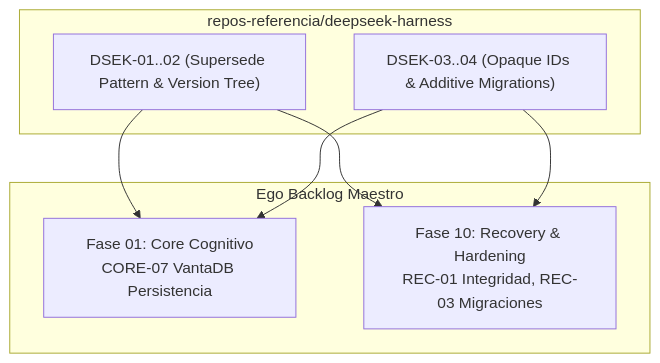
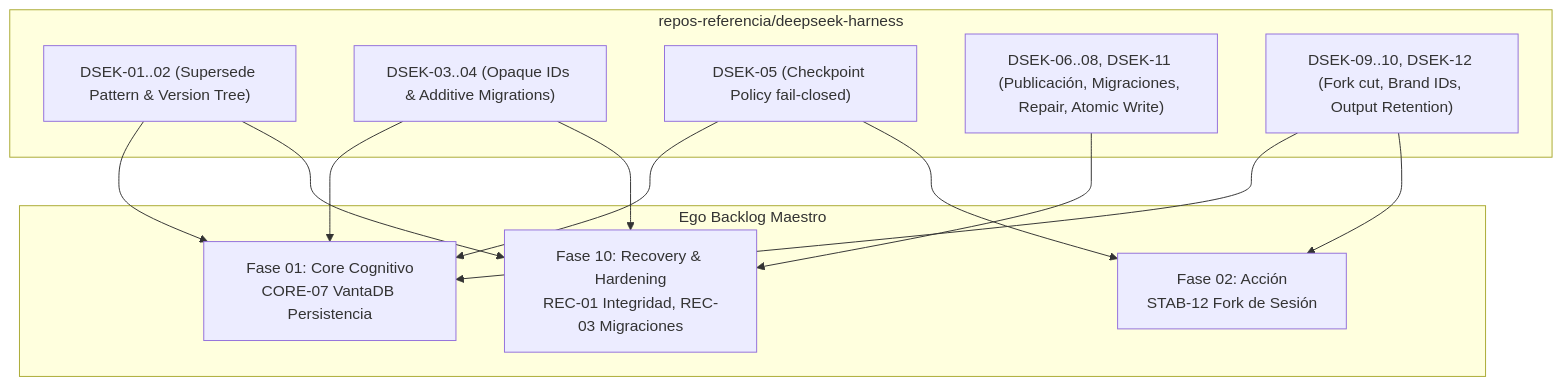
Before and after one commit to ness-e/Ego: the diagram in docs/review/backlog-deepseek-harness.md, drawn with Mermaid. The commit also changed other lines of this file and 15 other files, not shown here.

````diff
--- a/docs/review/backlog-deepseek-harness.md
+++ b/docs/review/backlog-deepseek-harness.md
@@ -44,17 +116,26 @@
 ```mermaid
 flowchart TD
     subgraph DeepSeekExtraction ["repos-referencia/deepseek-harness"]
         D_SUP["DSEK-01..02 (Supersede Pattern & Version Tree)"]
         D_MIG["DSEK-03..04 (Opaque IDs & Additive Migrations)"]
+        D_CHK["DSEK-05 (Checkpoint Policy fail-closed)"]
+        D_PUB["DSEK-06..08, DSEK-11 (Publicación, Migraciones, Repair, Atomic Write)"]
+        D_FORK["DSEK-09..10, DSEK-12 (Fork cut, Brand IDs, Output Retention)"]
     end
 
     subgraph EgoBacklog ["Ego Backlog Maestro"]
         CORE["Fase 01: Core Cognitivo<br/>CORE-07 VantaDB Persistencia"]
+        STAB["Fase 02: Acción<br/>STAB-12 Fork de Sesión"]
         REC["Fase 10: Recovery & Hardening<br/>REC-01 Integridad, REC-03 Migraciones"]
     end
 
     D_SUP --> CORE
     D_SUP --> REC
     D_MIG --> CORE
     D_MIG --> REC
+    D_CHK --> CORE
+    D_CHK --> STAB
+    D_PUB --> REC
+    D_FORK --> CORE
+    D_FORK --> STAB
 ```
````
